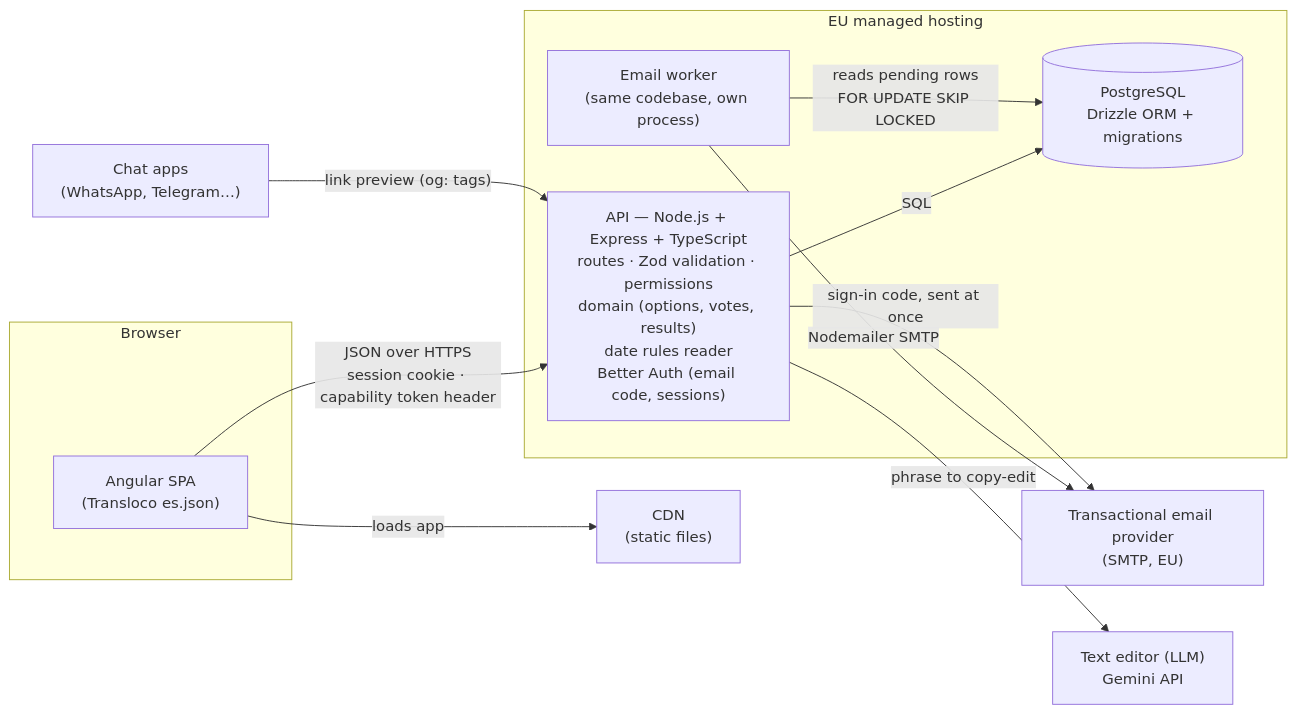
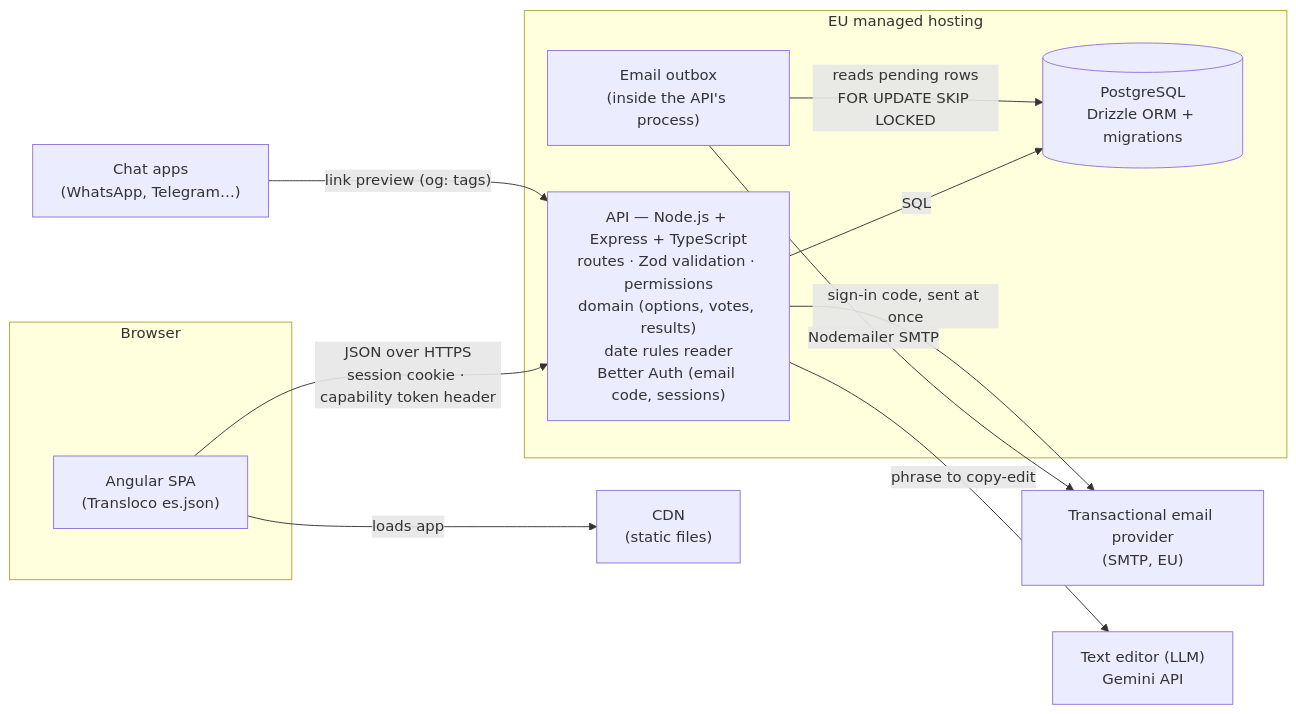
One commit to pietrodags/qando-app changed the first of 4 diagrams in docs/diagrams.md. Above: the diagram before and after it, drawn with Mermaid. The commit also changed other lines of this file and 19 other files, not shown here.

Commit message:
feat(api): the summary email queued when an event is created, and the outbox started by the API (#311)

````diff
--- a/docs/diagrams.md
+++ b/docs/diagrams.md
@@ -12,24 +12,24 @@
 ```mermaid
 flowchart LR
   subgraph Browser
     spa["Angular SPA<br/>(Transloco es.json)"]
   end
   cdn["CDN<br/>(static files)"]
   subgraph EU["EU managed hosting"]
     api["API — Node.js + Express + TypeScript<br/>routes · Zod validation · permissions<br/>domain (options, votes, results)<br/>date rules reader<br/>Better Auth (email code, sessions)"]
-    worker["Email worker<br/>(same codebase, own process)"]
+    worker["Email outbox<br/>(inside the API's process)"]
     db[("PostgreSQL<br/>Drizzle ORM + migrations")]
   end
   smtp["Transactional email provider<br/>(SMTP, EU)"]
   ai["Text editor (LLM)<br/>Gemini API"]
   chat["Chat apps<br/>(WhatsApp, Telegram…)"]
 
   spa -->|"loads app"| cdn
   spa -->|"JSON over HTTPS<br/>session cookie · capability token header"| api
   api -->|SQL| db
   worker -->|"reads pending rows<br/>FOR UPDATE SKIP LOCKED"| db
   worker -->|"Nodemailer SMTP"| smtp
   api -->|"sign-in code, sent at once"| smtp
   api -->|"phrase to copy-edit"| ai
   chat -->|"link preview (og: tags)"| api
 ```
````
